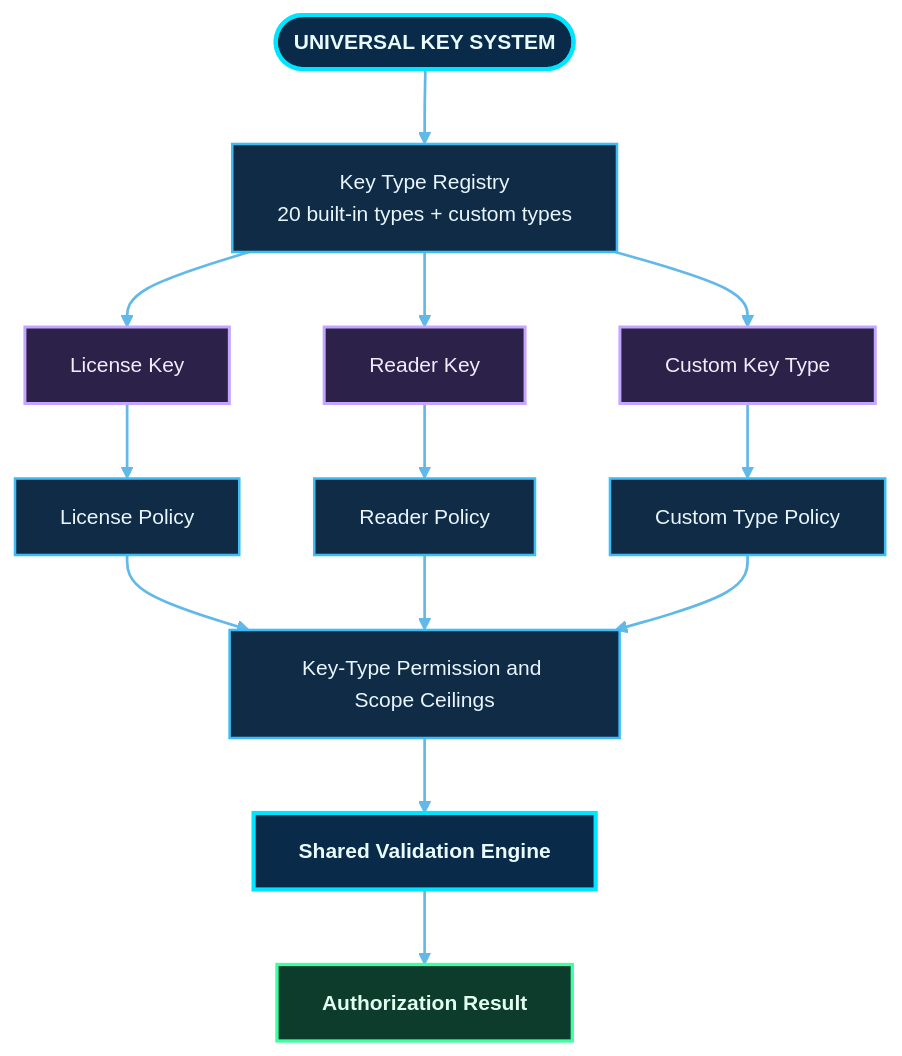
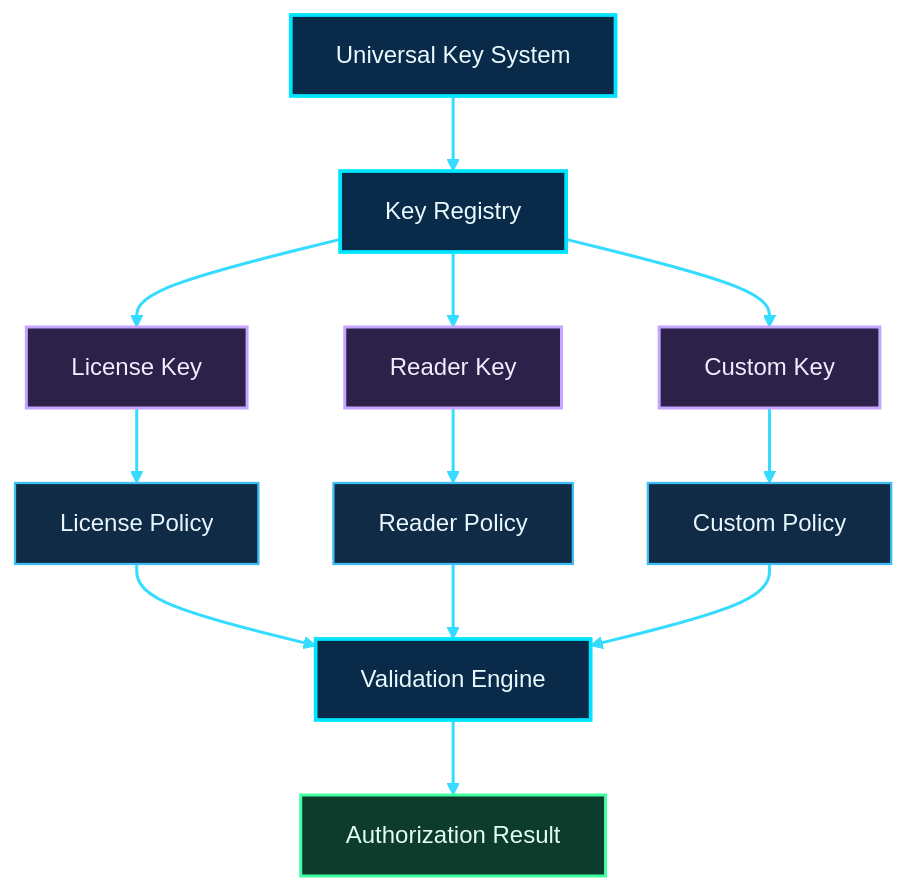
One commit to shajeduzzamanenan992008inc/NexOra-Database-key-Gen changed the eighth of 23 diagrams in README.md. Above: the diagram before and after it, drawn with Mermaid. The commit also changed other lines of this file, not shown here.

````diff
--- a/README.md
+++ b/README.md
@@ -793,36 +773,34 @@
 ```mermaid
-%%{init: {"theme":"base","themeVariables":{"darkMode":true,"background":"#07111f","primaryColor":"#102744","primaryTextColor":"#e8f7ff","primaryBorderColor":"#00d9ff","lineColor":"#62b9e8","secondaryColor":"#261d45","secondaryTextColor":"#f3eaff","secondaryBorderColor":"#a78bfa","tertiaryColor":"#12332b","tertiaryTextColor":"#e0fff1","tertiaryBorderColor":"#41e6a2","fontFamily":"Inter, Segoe UI, sans-serif","fontSize":"14px","edgeLabelBackground":"#101d34","mainBkg":"#102744","nodeBorder":"#00d9ff","clusterBkg":"#0b1930","clusterBorder":"#6f7dff","actorBkg":"#102744","actorBorder":"#00d9ff","actorTextColor":"#e8f7ff","signalColor":"#64d8ff","signalTextColor":"#e8f7ff","noteBkgColor":"#0e332b","noteBorderColor":"#41e6a2","noteTextColor":"#e0fff1"}}}%%
-flowchart TB
-    SYS(["UNIVERSAL KEY SYSTEM"]) --> REG["Key Type Registry<br/>20 built-in types + custom types"]
+flowchart TD
+    A["Universal Key System"] --> B["Key Registry"]
+    B --> C["License Key"]
+    B --> D["Reader Key"]
+    B --> E["Custom Key"]
 
-    REG --> LIC["License Key"]
-    REG --> READ["Reader Key"]
-    REG --> CUSTOM["Custom Key Type"]
+    C --> F["License Policy"]
+    D --> G["Reader Policy"]
+    E --> H["Custom Policy"]
 
-    LIC --> LP["License Policy"]
-    READ --> RP["Reader Policy"]
-    CUSTOM --> CP["Custom Type Policy"]
+    F --> I["Validation Engine"]
+    G --> I
+    H --> I
 
-    LP --> CEIL["Key-Type Permission and Scope Ceilings"]
-    RP --> CEIL
-    CP --> CEIL
-    CEIL --> VALID["Shared Validation Engine"]
-    VALID --> RESULT["Authorization Result"]
+    I --> J["Authorization Result"]
 
-
-    %% OMEGA NEX-ORA · ULTRA NEON DESIGN SYSTEM
-    classDef nxCore fill:#092b49,stroke:#00e5ff,stroke-width:2.8px,color:#e9fbff,font-weight:bold;
-    classDef nxProcess fill:#102b45,stroke:#3dbcf5,stroke-width:1.7px,color:#e9f6ff;
-    classDef nxDecision fill:#2b2050,stroke:#b38cff,stroke-width:2.2px,color:#f3edff,font-weight:bold;
-    classDef nxSuccess fill:#0d3b2c,stroke:#3fffa0,stroke-width:2.2px,color:#e0fff0,font-weight:bold;
-    classDef nxDanger fill:#451d30,stroke:#ff6688,stroke-width:2.2px,color:#fff0f3,font-weight:bold;
+    %% OMEGA NEX-ORA visual classes
+    %% OMEGA NEX-ORA / ULTRA NEON PALETTE
+    classDef nxCore fill:#092b49,stroke:#00e5ff,stroke-width:2.5px,color:#e9fbff;
+    classDef nxProcess fill:#102b45,stroke:#3dbcf5,stroke-width:1.5px,color:#e9f6ff;
+    classDef nxDecision fill:#2b2050,stroke:#b38cff,stroke-width:2px,color:#f3edff;
+    classDef nxSuccess fill:#0d3b2c,stroke:#3fffa0,stroke-width:2px,color:#e0fff0;
+    classDef nxDanger fill:#451d30,stroke:#ff6688,stroke-width:2px,color:#fff0f3;
     classDef nxData fill:#12352d,stroke:#63e6be,stroke-width:2px,color:#e1fff5;
     classDef nxExternal fill:#2b2149,stroke:#c4a5ff,stroke-width:2px,color:#f3ecff;
     classDef nxInfo fill:#17253e,stroke:#91a7c9,stroke-width:1.5px,color:#e5efff;
     classDef nxWarning fill:#453116,stroke:#fbbf24,stroke-width:2px,color:#fff6d6;
-    linkStyle default stroke:#62b9e8,stroke-width:1.8px;
-    class SYS,VALID nxCore;
-    class REG,LP,RP,CP,CEIL nxProcess;
-    class LIC,READ,CUSTOM nxExternal;
-    class RESULT nxSuccess;
+    class A,B,I nxCore;
+    class C,D,E nxExternal;
+    class F,G,H nxProcess;
+    class J nxSuccess;
+    linkStyle default stroke:#35dcff,stroke-width:2px;
 ```
````
